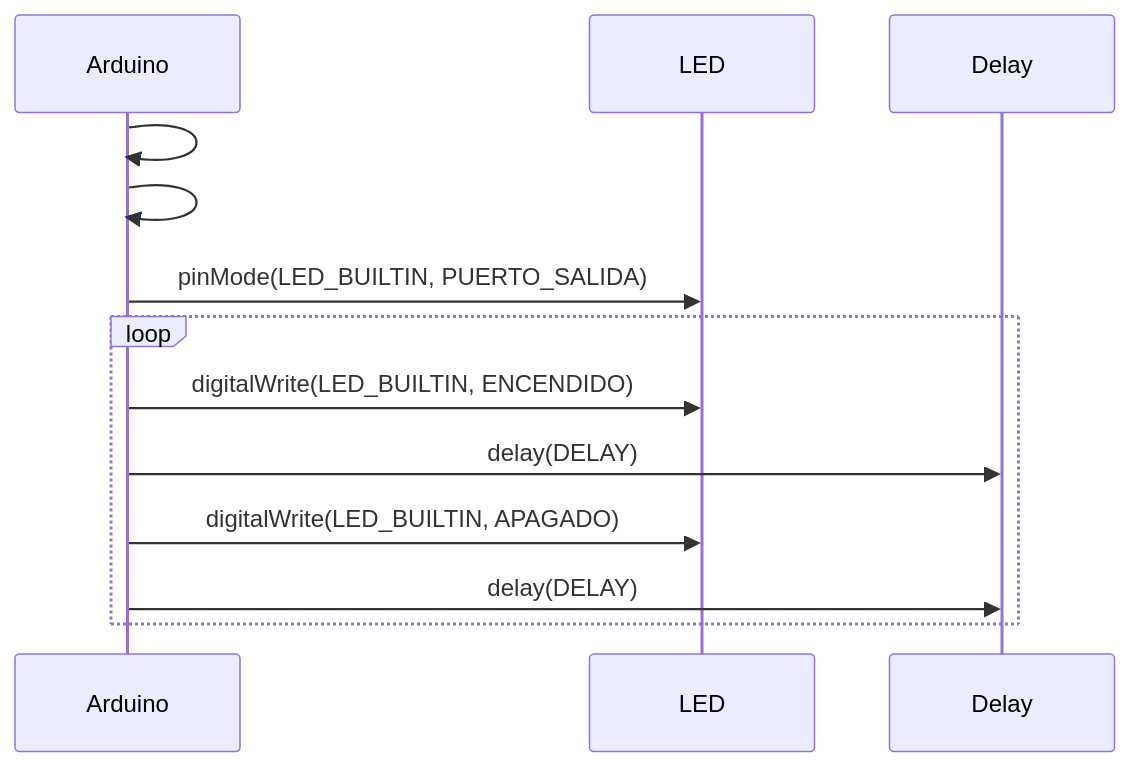
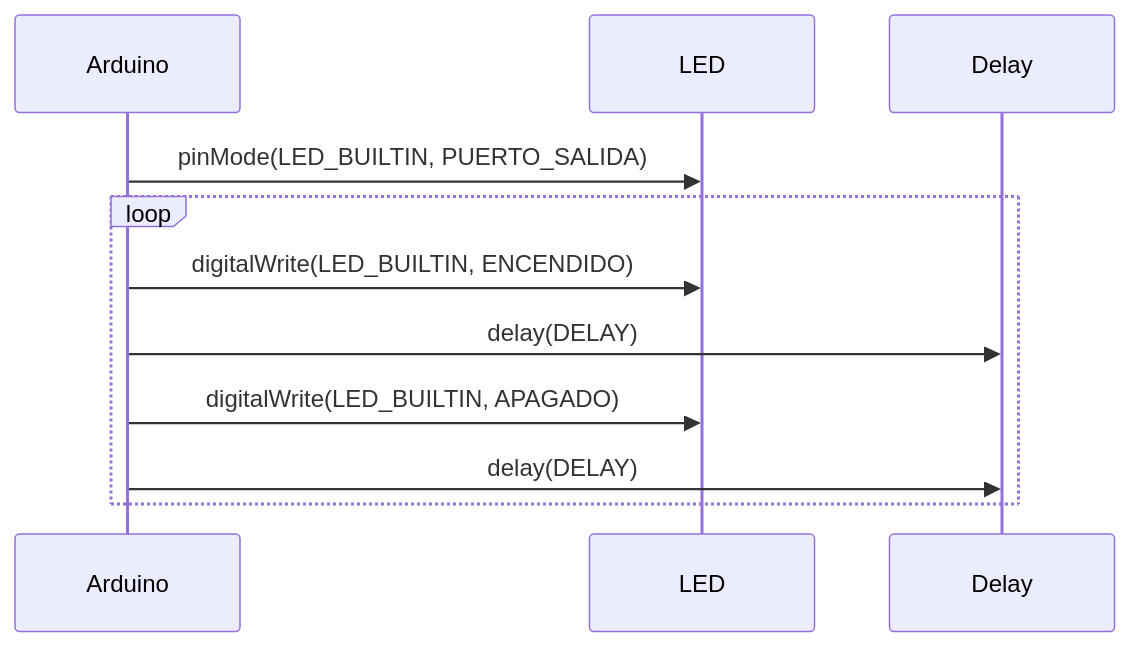
The second of 2 diagrams in README.md (Aiti05/Practica_1), drawn with Mermaid before and after one commit. The commit also changed other lines of this file, not shown here.

````diff
--- a/README.md
+++ b/README.md
@@ -216,17 +214,16 @@
 ```mermaid
 sequenceDiagram
     participant Arduino
     participant LED
     participant Delay
 
-    Arduino->>Arduino: #define LED_BUILTIN 2
-    Arduino->>Arduino: #define DELAY 500
+
     Arduino->>LED: pinMode(LED_BUILTIN, PUERTO_SALIDA)
     loop
         Arduino->>LED: digitalWrite(LED_BUILTIN, ENCENDIDO)
         Arduino->>Delay: delay(DELAY)
         Arduino->>LED: digitalWrite(LED_BUILTIN, APAGADO)
         Arduino->>Delay: delay(DELAY)
     end
 
 ```
````
